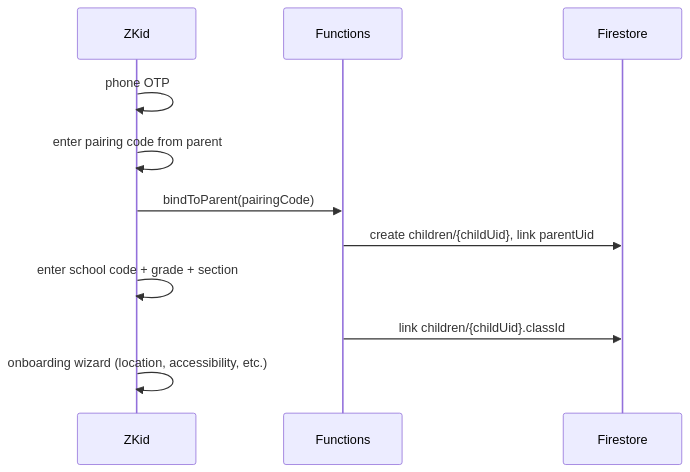
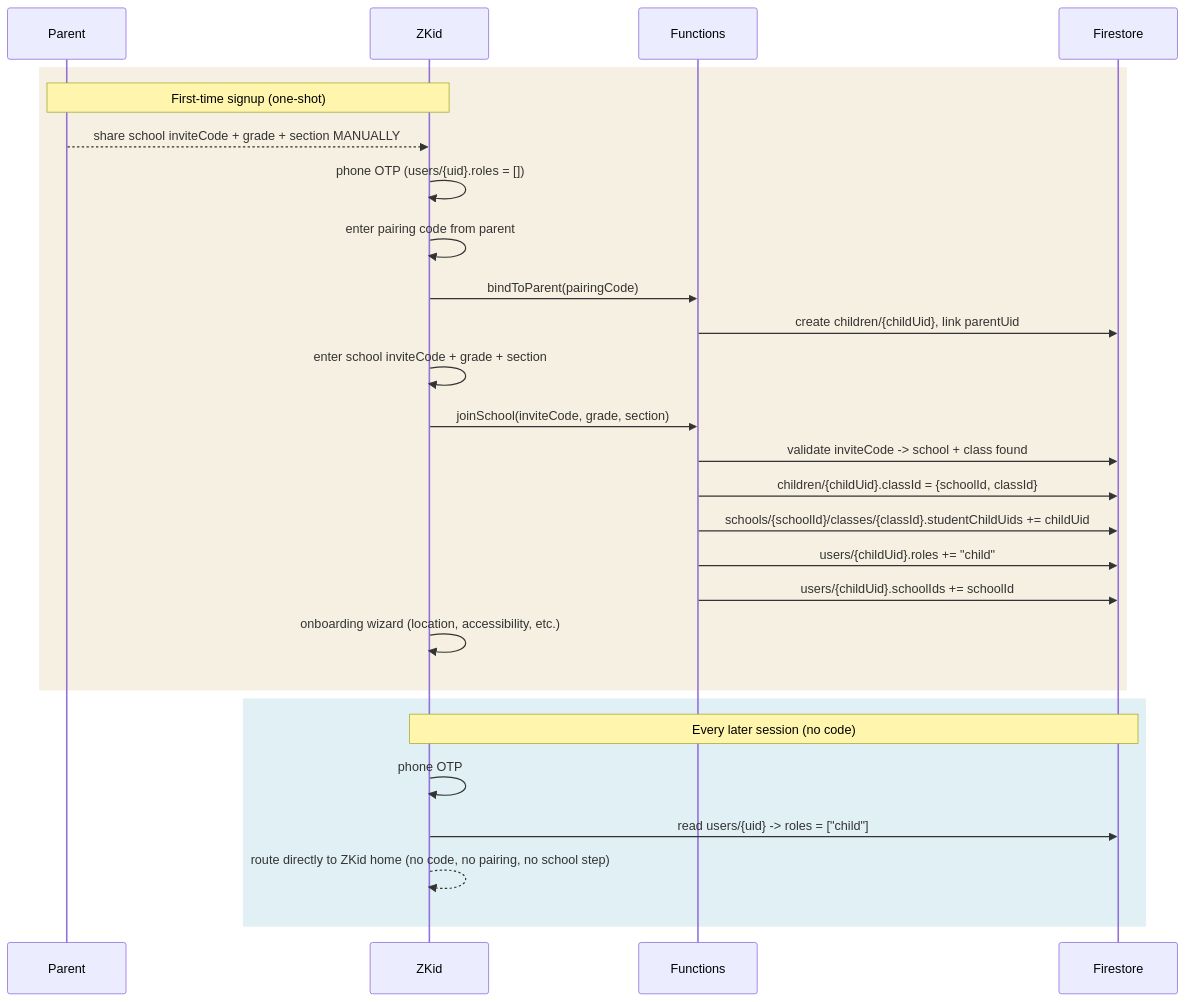
Before and after one commit to ZerebroKid/kidsafe-school: the sixth of 11 diagrams in docs/EDUCATION_AI_TECH_SPEC.md, drawn with Mermaid. The commit also changed other lines of this file and 2 other files, not shown here.

````diff
--- a/docs/EDUCATION_AI_TECH_SPEC.md
+++ b/docs/EDUCATION_AI_TECH_SPEC.md
@@ -395,14 +492,31 @@
 ```mermaid
 sequenceDiagram
+  participant Pa as Parent
   participant K as ZKid
   participant FN as Functions
   participant FS as Firestore
 
-  K->>K: phone OTP
-  K->>K: enter pairing code from parent
-  K->>FN: bindToParent(pairingCode)
-  FN->>FS: create children/{childUid}, link parentUid
-  K->>K: enter school code + grade + section
-  FN->>FS: link children/{childUid}.classId
-  K->>K: onboarding wizard (location, accessibility, etc.)
+  rect rgb(245, 240, 225)
+    Note over Pa,K: First-time signup (one-shot)
+    Pa-->>K: share school inviteCode + grade + section MANUALLY
+    K->>K: phone OTP (users/{uid}.roles = [])
+    K->>K: enter pairing code from parent
+    K->>FN: bindToParent(pairingCode)
+    FN->>FS: create children/{childUid}, link parentUid
+    K->>K: enter school inviteCode + grade + section
+    K->>FN: joinSchool(inviteCode, grade, section)
+    FN->>FS: validate inviteCode -> school + class found
+    FN->>FS: children/{childUid}.classId = {schoolId, classId}
+    FN->>FS: schools/{schoolId}/classes/{classId}.studentChildUids += childUid
+    FN->>FS: users/{childUid}.roles += "child"
+    FN->>FS: users/{childUid}.schoolIds += schoolId
+    K->>K: onboarding wizard (location, accessibility, etc.)
+  end
+
+  rect rgb(225, 240, 245)
+    Note over K,FS: Every later session (no code)
+    K->>K: phone OTP
+    K->>FS: read users/{uid} -> roles = ["child"]
+    K-->>K: route directly to ZKid home (no code, no pairing, no school step)
+  end
 ```
````
